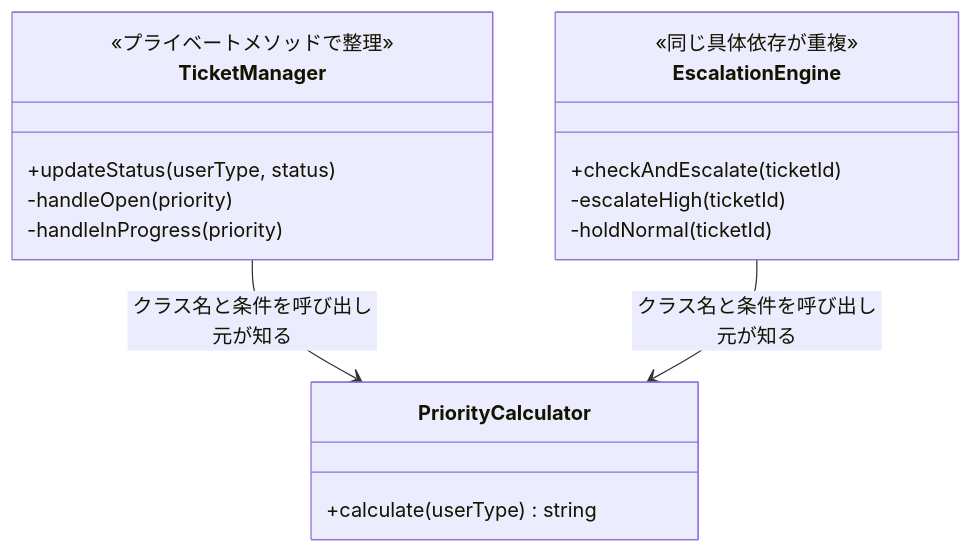
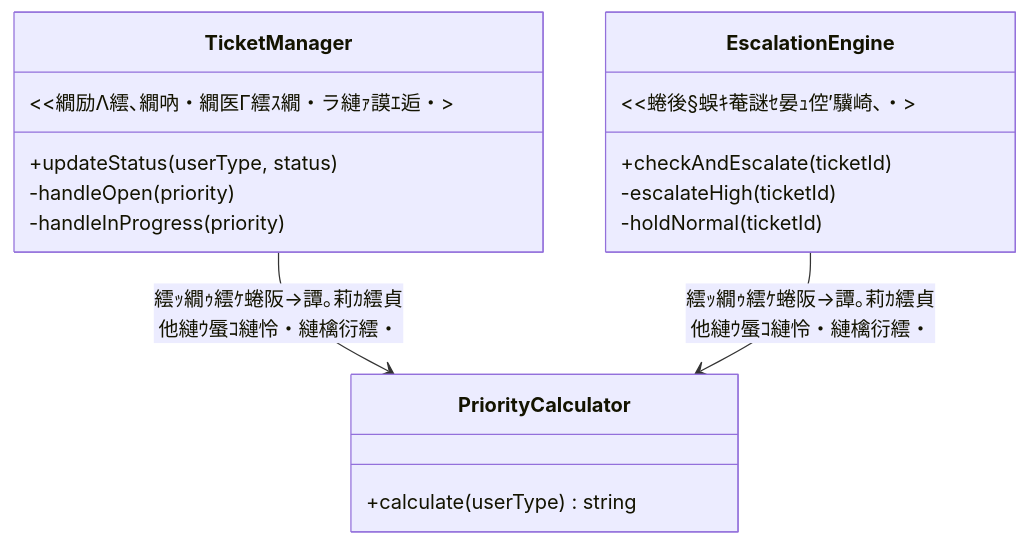
The fourth of 11 diagrams in kindle/design-patterns/output/chapter09_2.md (kumachan1101-pixel/DesignPattern), drawn with Mermaid before and after one commit. The commit also changed other lines of this file and 4 other files, not shown here.

````diff
--- a/kindle/design-patterns/output/chapter09_2.md
+++ b/kindle/design-patterns/output/chapter09_2.md
@@ -459,20 +459,20 @@
 ```mermaid
 classDiagram
     class TicketManager {
-        <<プライベートメソッドで整理>>
+        <<繝励Λ繧､繝吶・繝医Γ繧ｽ繝・ラ縺ｧ謨ｴ逅・>
         +updateStatus(userType, status)
         -handleOpen(priority)
         -handleInProgress(priority)
     }
     class EscalationEngine {
-        <<同じ具体依存が重複>>
+        <<蜷後§蜈ｷ菴謎ｾ晏ｭ倥′驥崎､・>
         +checkAndEscalate(ticketId)
         -escalateHigh(ticketId)
         -holdNormal(ticketId)
     }
     class PriorityCalculator {
         +calculate(userType) string
     }
-    TicketManager --> PriorityCalculator : クラス名と条件を呼び出し元が知る
-    EscalationEngine --> PriorityCalculator : クラス名と条件を呼び出し元が知る
+    TicketManager --> PriorityCalculator : 繧ｯ繝ｩ繧ｹ蜷阪→譚｡莉ｶ繧貞他縺ｳ蜃ｺ縺怜・縺檎衍繧・
+    EscalationEngine --> PriorityCalculator : 繧ｯ繝ｩ繧ｹ蜷阪→譚｡莉ｶ繧貞他縺ｳ蜃ｺ縺怜・縺檎衍繧・
 ```
````
